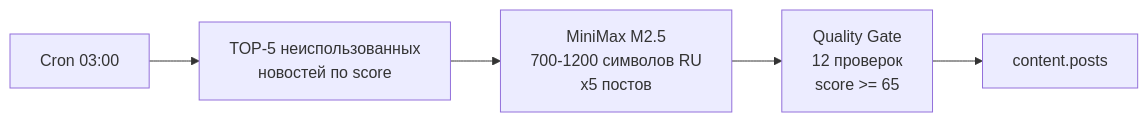
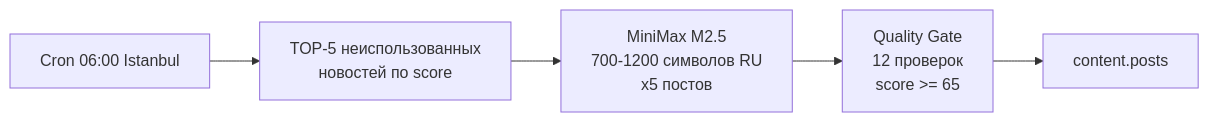
The second of 7 diagrams in docs/Workflows.md (TimmyZinin/content-pipeline), drawn with Mermaid before and after one commit. The commit also changed other lines of this file, not shown here.

````diff
--- a/docs/Workflows.md
+++ b/docs/Workflows.md
@@ -56,7 +56,7 @@
 ```mermaid
 flowchart LR
-    CRON["Cron 03:00"] --> SQL["TOP-5 неиспользованных\nновостей по score"]
+    CRON["Cron 06:00 Istanbul"] --> SQL["TOP-5 неиспользованных\nновостей по score"]
     SQL --> LLM["MiniMax M2.5\n700-1200 символов RU\nx5 постов"]
     LLM --> QG["Quality Gate\n12 проверок\nscore >= 65"]
     QG --> DB["content.posts"]
 ```
````
